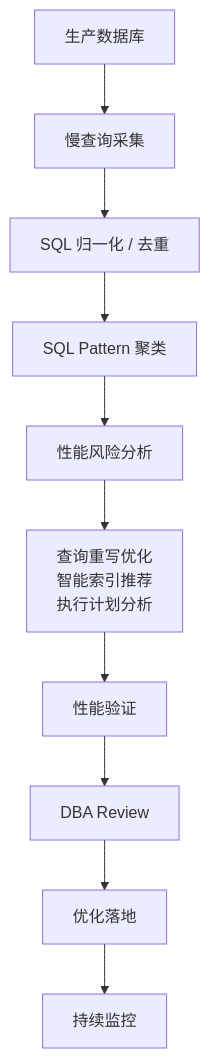
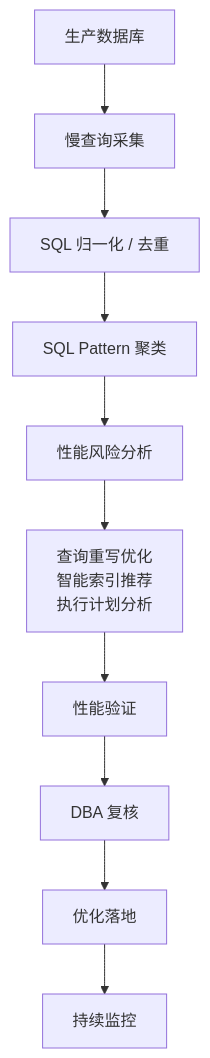
Before and after one commit to PawSQL/pawsql-docs-mantlify: the first of 3 diagrams in docs/use-cases/slow-sql-optimization.mdx, drawn with Mermaid. The commit also changed other lines of this file and 82 other files, not shown here.

````diff
--- a/docs/use-cases/slow-sql-optimization.mdx
+++ b/docs/use-cases/slow-sql-optimization.mdx
@@ -219,6 +46,7 @@
 ```mermaid
 flowchart TD
-    A[生产数据库] --> B[慢查询采集] --> C["SQL 归一化 / 去重"] --> D[SQL Pattern 聚类]
-    D --> E[性能风险分析] --> F["查询重写优化<br/>智能索引推荐<br/>执行计划分析"]
-    F --> G[性能验证] --> H[DBA Review] --> I[优化落地] --> J[持续监控]
+    A[生产数据库] --> B[慢查询采集] --> C[SQL 归一化 / 去重]
+    C --> D[SQL Pattern 聚类] --> E[性能风险分析]
+    E --> F["查询重写优化<br/>智能索引推荐<br/>执行计划分析"]
+    F --> G[性能验证] --> H[DBA 复核] --> I[优化落地] --> J[持续监控]
 ```
````
